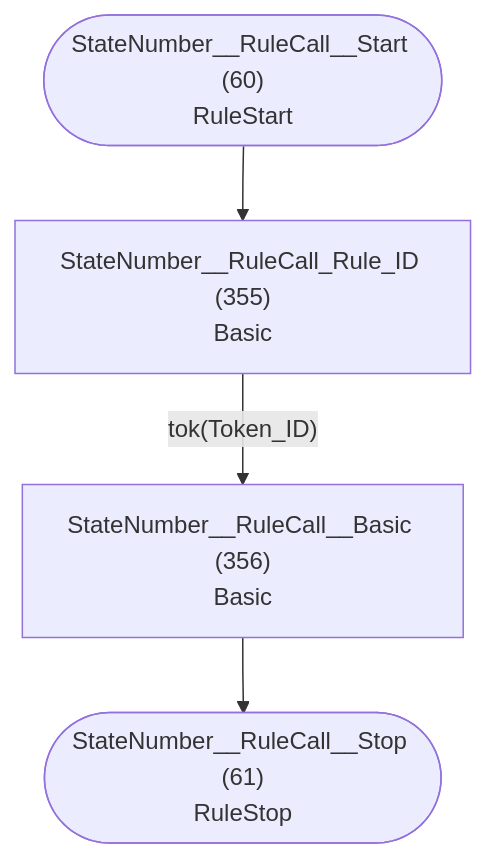
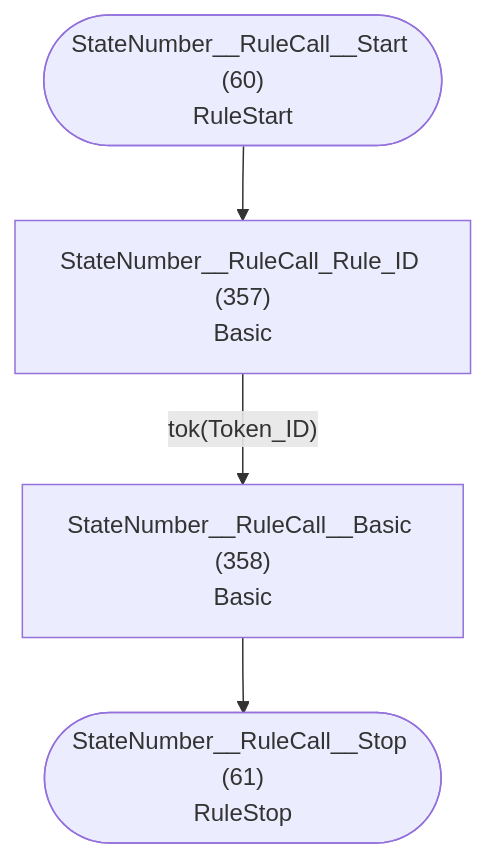
Before and after one commit to TypeFox/fastbelt: diagram 31 of 36 in internal/grammar/atn.md, drawn with Mermaid. The commit also changed other lines of this file and 11 other files, not shown here.

````diff
--- a/internal/grammar/atn.md
+++ b/internal/grammar/atn.md
@@ -934,11 +938,11 @@
 ```mermaid
 flowchart TD
     q60(["StateNumber__RuleCall__Start (60)<br/>RuleStart"])
     q61(["StateNumber__RuleCall__Stop (61)<br/>RuleStop"])
-    q355["StateNumber__RuleCall_Rule_ID (355)<br/>Basic<br/>"]
-    q356["StateNumber__RuleCall__Basic (356)<br/>Basic<br/>"]
+    q357["StateNumber__RuleCall_Rule_ID (357)<br/>Basic<br/>"]
+    q358["StateNumber__RuleCall__Basic (358)<br/>Basic<br/>"]
 
-    q60 --> q355
-    q355 -->|"tok(Token_ID)"| q356
-    q356 --> q61
+    q60 --> q357
+    q357 -->|"tok(Token_ID)"| q358
+    q358 --> q61
 ```
````
